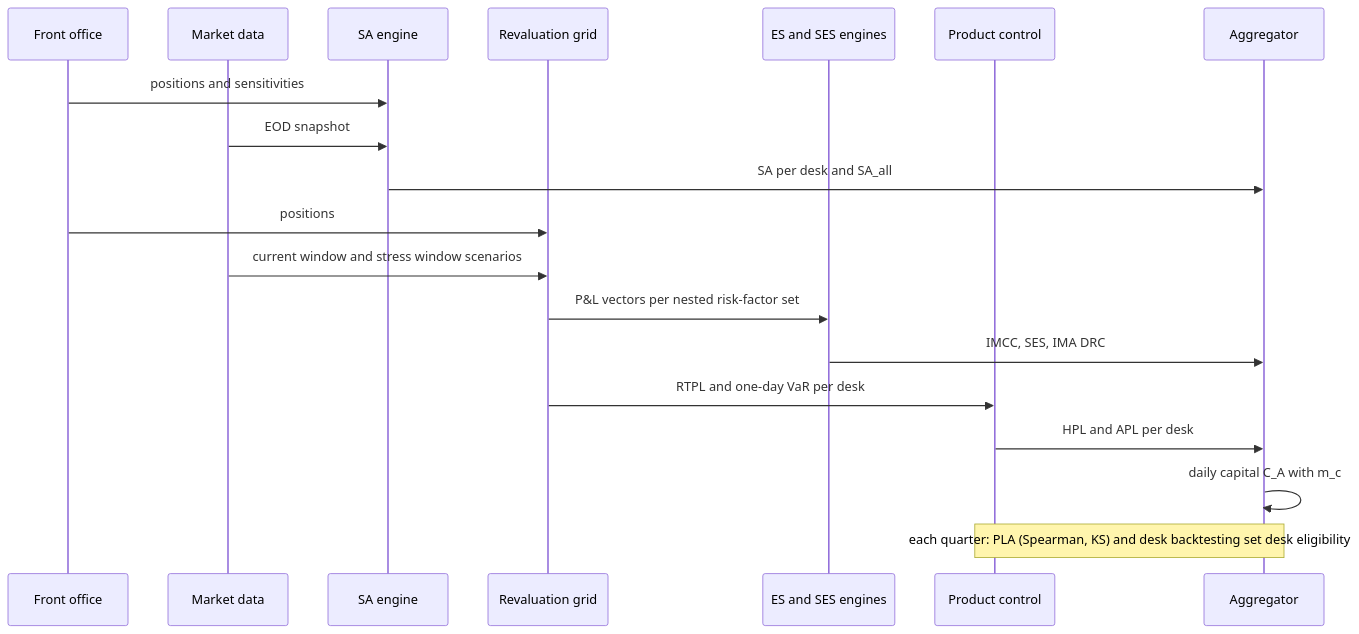
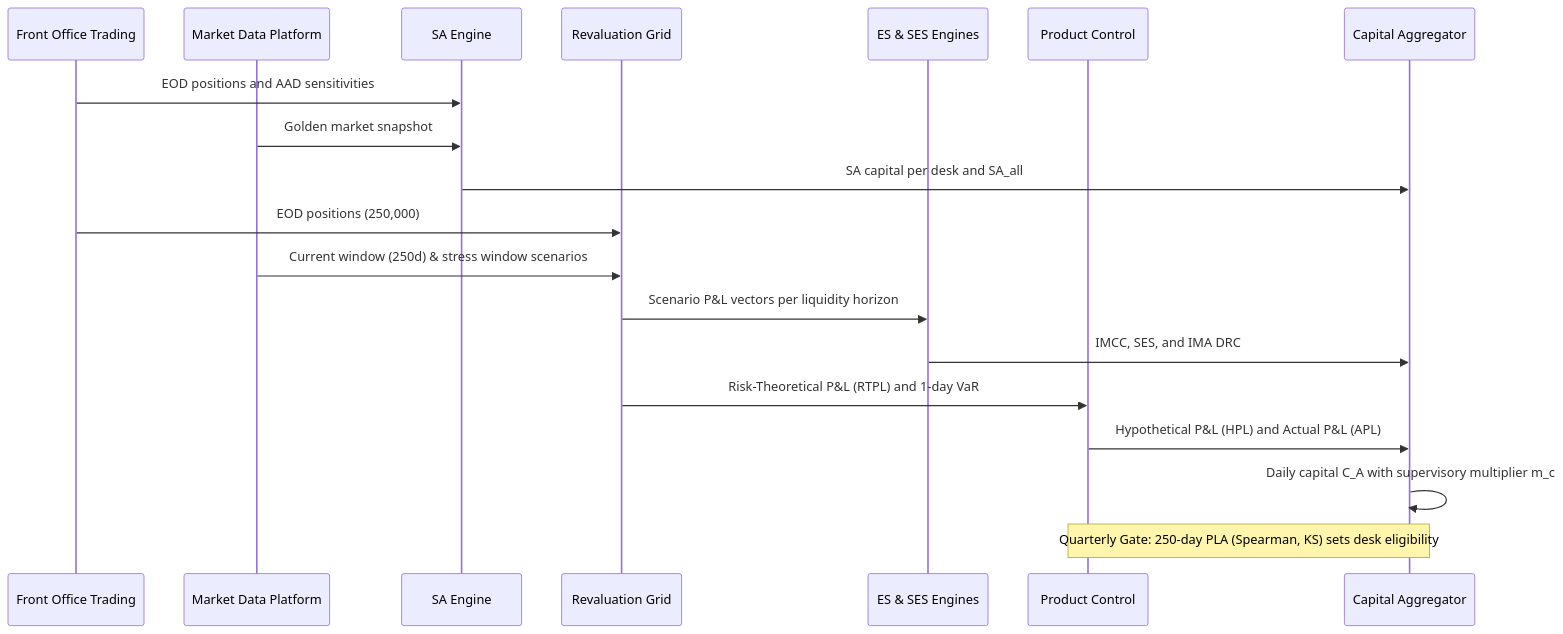
Before and after one commit to shreejitverma/The-Quant-Prep: the second of 3 diagrams in 18-Pricing-and-Risk-Systems/10-FRTB-Engine.md, drawn with Mermaid. The commit also changed other lines of this file and 25 other files, not shown here.

````diff
--- a/18-Pricing-and-Risk-Systems/10-FRTB-Engine.md
+++ b/18-Pricing-and-Risk-Systems/10-FRTB-Engine.md
@@ -86,21 +90,22 @@
 ```mermaid
 sequenceDiagram
-    participant FO as Front office
-    participant MD as Market data
-    participant SA as SA engine
-    participant G as Revaluation grid
-    participant ES as ES and SES engines
-    participant PC as Product control
-    participant AG as Aggregator
-    FO->>SA: positions and sensitivities
-    MD->>SA: EOD snapshot
-    SA->>AG: SA per desk and SA_all
-    FO->>G: positions
-    MD->>G: current window and stress window scenarios
-    G->>ES: P&L vectors per nested risk-factor set
-    ES->>AG: IMCC, SES, IMA DRC
-    G->>PC: RTPL and one-day VaR per desk
-    PC->>AG: HPL and APL per desk
-    AG->>AG: daily capital C_A with m_c
-    Note over PC,AG: each quarter: PLA (Spearman, KS) and desk backtesting set desk eligibility
+    participant FO as Front Office Trading
+    participant MD as Market Data Platform
+    participant SA as SA Engine
+    participant Grid as Revaluation Grid
+    participant IMA as ES & SES Engines
+    participant PC as Product Control
+    participant Agg as Capital Aggregator
+
+    FO->>SA: EOD positions and AAD sensitivities
+    MD->>SA: Golden market snapshot
+    SA->>Agg: SA capital per desk and SA_all
+    FO->>Grid: EOD positions (250,000)
+    MD->>Grid: Current window (250d) & stress window scenarios
+    Grid->>IMA: Scenario P&L vectors per liquidity horizon
+    IMA->>Agg: IMCC, SES, and IMA DRC
+    Grid->>PC: Risk-Theoretical P&L (RTPL) and 1-day VaR
+    PC->>Agg: Hypothetical P&L (HPL) and Actual P&L (APL)
+    Agg->>Agg: Daily capital C_A with supervisory multiplier m_c
+    Note over PC,Agg: Quarterly Gate: 250-day PLA (Spearman, KS) sets desk eligibility
 ```
````
